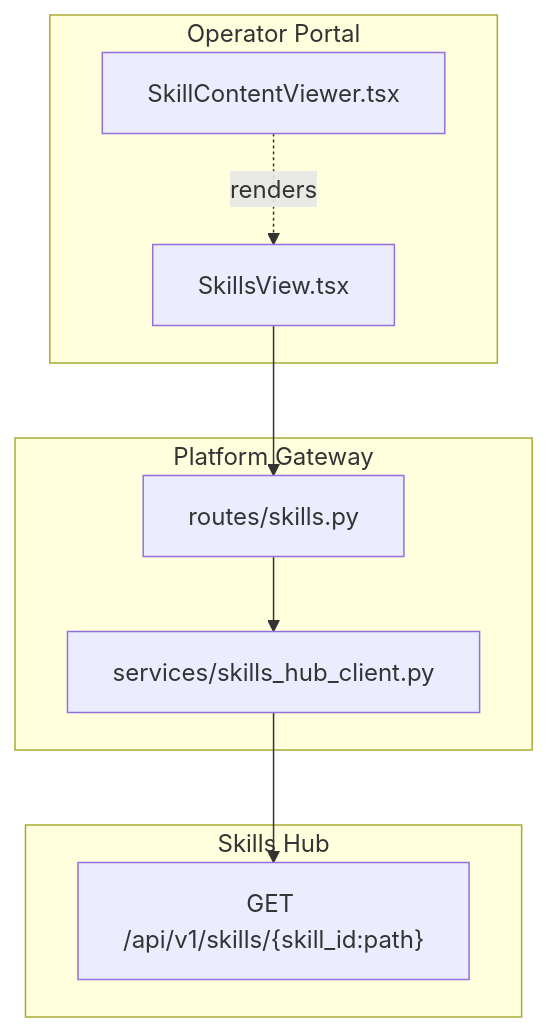
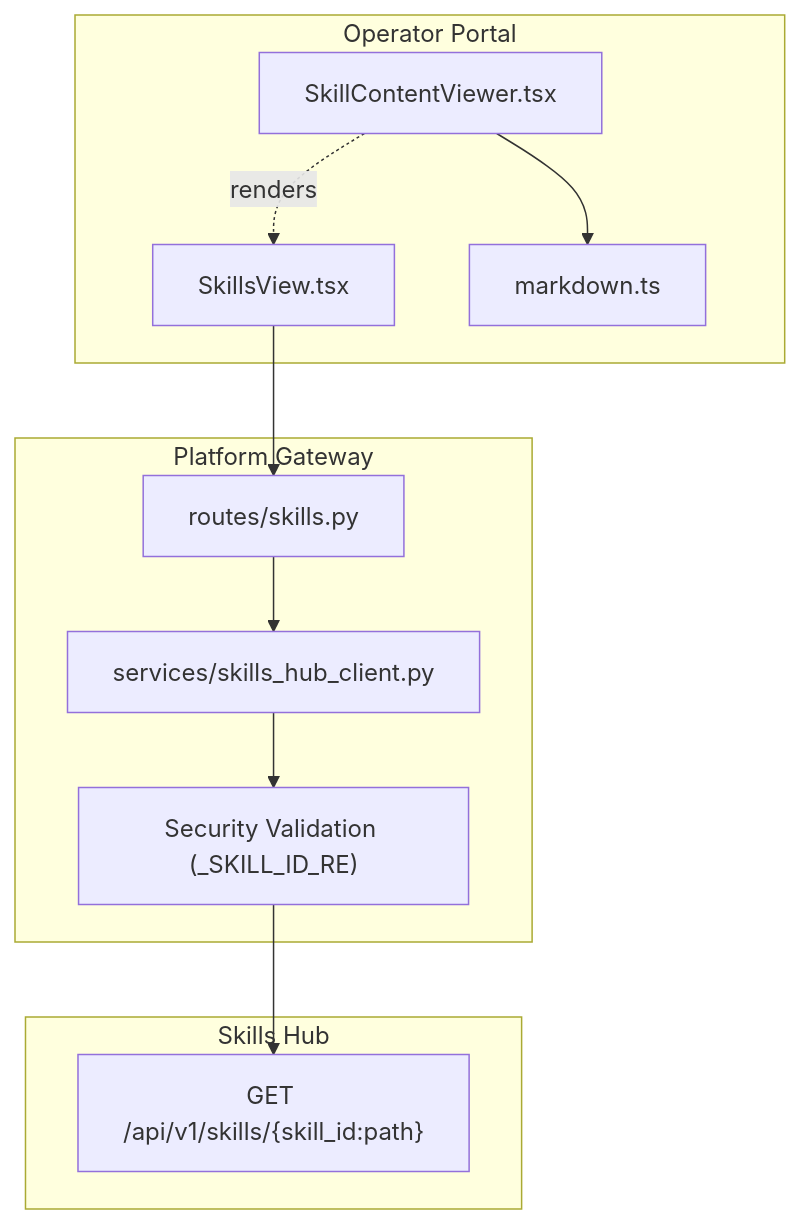
The first of 8 diagrams in .qoder/repowiki/en/content/Architecture Documentation/SPEC-052_ Skill Content Viewer.md (metasync/luban-aiops), drawn with Mermaid before and after one commit. The commit also changed other lines of this file and 29 other files, not shown here.

````diff
--- a/.qoder/repowiki/en/content/Architecture Documentation/SPEC-052_ Skill Content Viewer.md
+++ b/.qoder/repowiki/en/content/Architecture Documentation/SPEC-052_ Skill Content Viewer.md
@@ -56,18 +64,22 @@
 ```mermaid
 graph TB
 subgraph "Operator Portal"
 SV["SkillsView.tsx"]
 SCV["SkillContentViewer.tsx"]
+MD["markdown.ts"]
 end
 subgraph "Platform Gateway"
 SR["routes/skills.py"]
 SHC["services/skills_hub_client.py"]
+SEC["Security Validation (_SKILL_ID_RE)"]
 end
 subgraph "Skills Hub"
 SHAPI["GET /api/v1/skills/{skill_id:path}"]
 end
 SV --> SR
 SCV -. renders .-> SV
+SCV --> MD
 SR --> SHC
-SHC --> SHAPI
+SHC --> SEC
+SEC --> SHAPI
 ```
````
